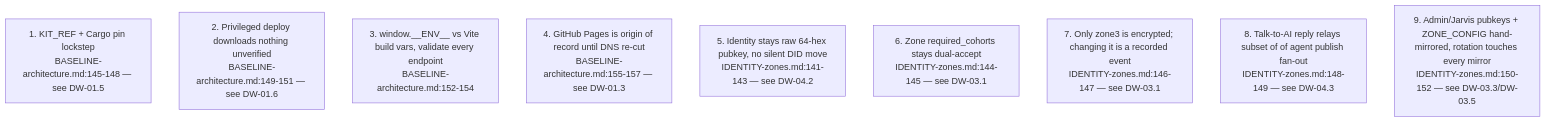
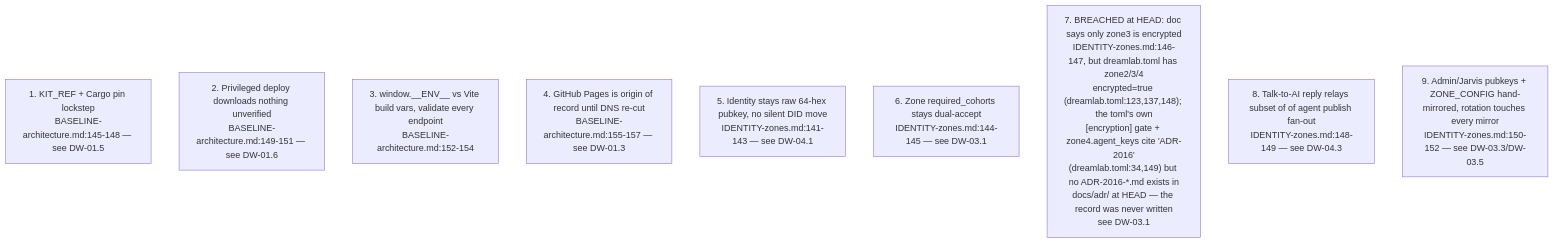
Before and after one commit to DreamLab-AI/VisionFlow: the fourth of 7 diagrams in docs/diagrams/dreamlab-ai-website/06-content-pipeline-and-invariants-register.md, drawn with Mermaid. The commit also changed other lines of this file and 136 other files, not shown here.

First line of the commit message:
docs(diagrams): refresh the whole corpus to code HEAD and prune low-value diagrams

````diff
--- a/docs/diagrams/dreamlab-ai-website/06-content-pipeline-and-invariants-register.md
+++ b/docs/diagrams/dreamlab-ai-website/06-content-pipeline-and-invariants-register.md
@@ -118,12 +87,12 @@
 ```mermaid
 flowchart TB
     I1["1. KIT_REF + Cargo pin lockstep<br/>BASELINE-architecture.md:145-148 — see DW-01.5"]
     I2["2. Privileged deploy downloads nothing unverified<br/>BASELINE-architecture.md:149-151 — see DW-01.6"]
     I3["3. window.__ENV__ vs Vite build vars, validate every endpoint<br/>BASELINE-architecture.md:152-154"]
     I4["4. GitHub Pages is origin of record until DNS re-cut<br/>BASELINE-architecture.md:155-157 — see DW-01.3"]
-    I5["5. Identity stays raw 64-hex pubkey, no silent DID move<br/>IDENTITY-zones.md:141-143 — see DW-04.2"]
+    I5["5. Identity stays raw 64-hex pubkey, no silent DID move<br/>IDENTITY-zones.md:141-143 — see DW-04.1"]
     I6["6. Zone required_cohorts stays dual-accept<br/>IDENTITY-zones.md:144-145 — see DW-03.1"]
-    I7["7. Only zone3 is encrypted; changing it is a recorded event<br/>IDENTITY-zones.md:146-147 — see DW-03.1"]
+    I7["7. BREACHED at HEAD: doc says only zone3 is encrypted<br/>IDENTITY-zones.md:146-147, but dreamlab.toml has zone2/3/4<br/>encrypted=true (dreamlab.toml:123,137,148); the toml's own<br/>[encryption] gate + zone4.agent_keys cite 'ADR-2016'<br/>(dreamlab.toml:34,149) but no ADR-2016-*.md exists in<br/>docs/adr/ at HEAD — the record was never written<br/>see DW-03.1"]
     I8["8. Talk-to-AI reply relays subset of of agent publish fan-out<br/>IDENTITY-zones.md:148-149 — see DW-04.3"]
     I9["9. Admin/Jarvis pubkeys + ZONE_CONFIG hand-mirrored, rotation touches every mirror<br/>IDENTITY-zones.md:150-152 — see DW-03.3/DW-03.5"]
 ```
````
